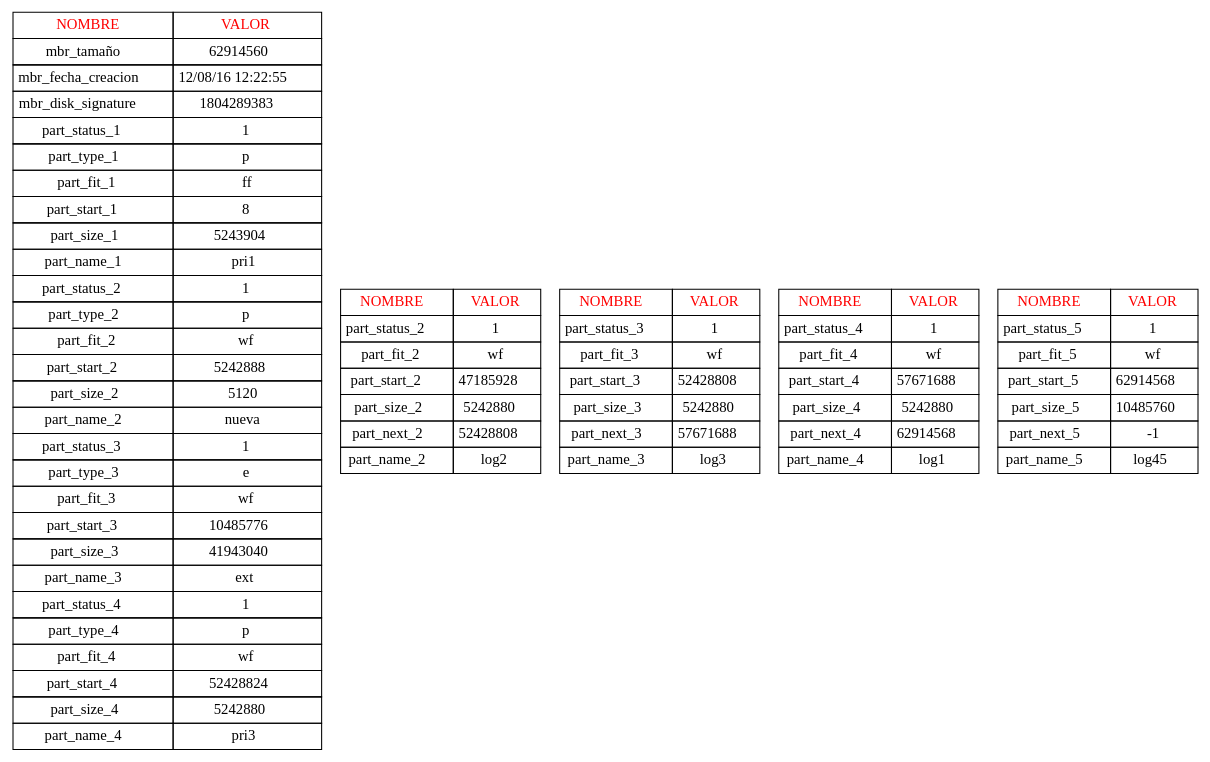
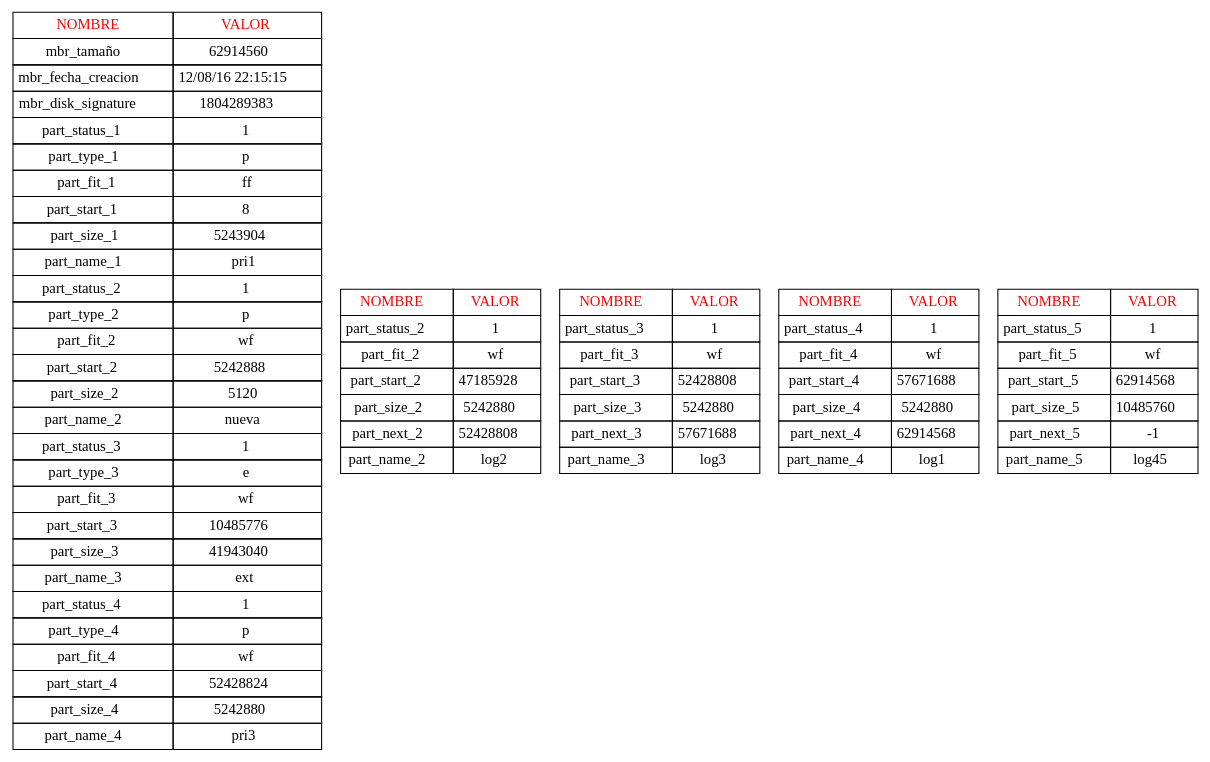
Before and after one commit to chelo6d2/-MIA-201313984: the diagram in MIA_201313984/201313984/archivosMBR.dot, drawn with Graphviz. The commit also changed 5 other files, not shown here.

```diff
--- a/MIA_201313984/201313984/archivosMBR.dot
+++ b/MIA_201313984/201313984/archivosMBR.dot
@@ -5,7 +5,7 @@
 </tr>
 <tr>
 <td>mbr_fecha_creacion</td>
-<td>12/08/16 12:22:55</td>
+<td>12/08/16 22:15:15</td>
 </tr>
 <tr>
 <td>mbr_disk_signature</td>
```
